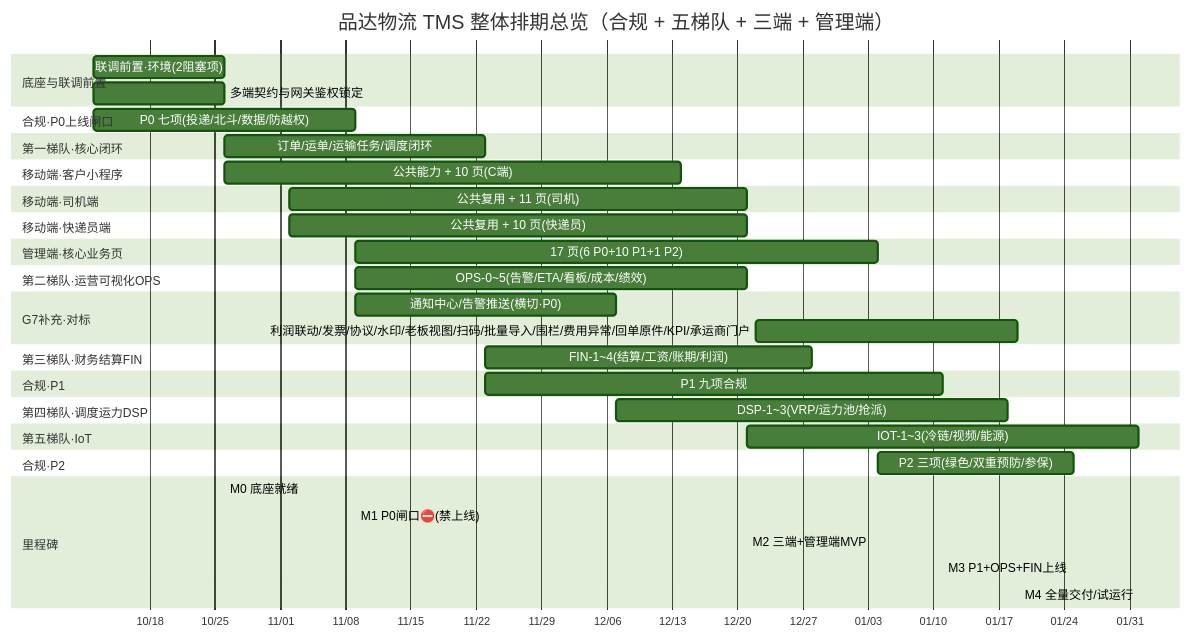
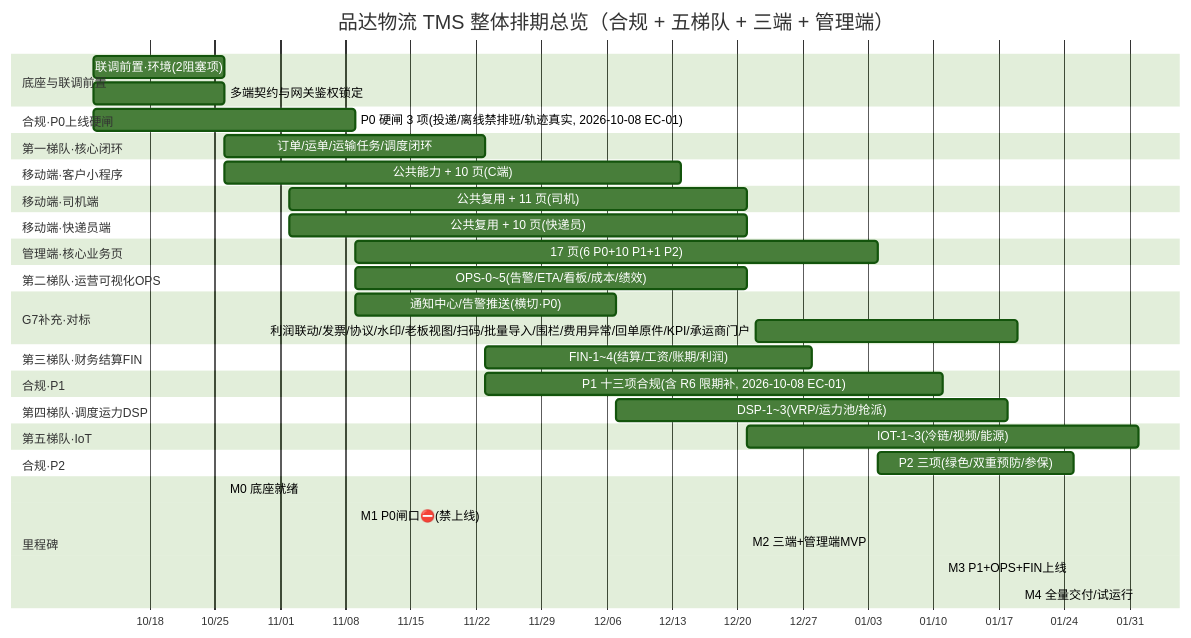
One commit to itxinfei/pinda-tms changed the diagram in docs/需求文档/整体项目排期总览甘特.md. Above: the diagram before and after it, drawn with Mermaid (forest theme). The commit also changed other lines of this file and 83 other files, not shown here.

````diff
--- a/docs/需求文档/整体项目排期总览甘特.md
+++ b/docs/需求文档/整体项目排期总览甘特.md
@@ -66,57 +66,57 @@
 ```mermaid
 gantt
     title 品达物流 TMS 整体排期总览（合规 + 五梯队 + 三端 + 管理端）
     dateFormat  YYYY-MM-DD
     axisFormat  %m/%d
 
     section 底座与联调前置
     联调前置·环境(2阻塞项)          :f0, 2026-10-12, 14d
     多端契约与网关鉴权锁定           :f1, 2026-10-12, 14d
 
-    section 合规·P0上线闸口
-    P0 七项(投递/北斗/数据/防越权)  :c0, 2026-10-12, 28d
+    section 合规·P0上线硬闸
+    P0 硬闸 3 项(投递/离线禁排班/轨迹真实, 2026-10-08 EC-01)  :c0, 2026-10-12, 28d
 
     section 第一梯队·核心闭环
     订单/运单/运输任务/调度闭环     :t1, 2026-10-26, 28d
 
     section 移动端·客户小程序
     公共能力 + 10 页(C端)          :m1, 2026-10-26, 49d
 
     section 移动端·司机端
     公共复用 + 11 页(司机)         :m2, 2026-11-02, 49d
 
     section 移动端·快递员端
     公共复用 + 10 页(快递员)       :m3, 2026-11-02, 49d
 
     section 管理端·核心业务页
     17 页(6 P0+10 P1+1 P2) :a1, 2026-11-09, 56d
 
     section 第二梯队·运营可视化OPS
     OPS-0~5(告警/ETA/看板/成本/绩效) :o1, 2026-11-09, 42d
 
     section G7补充·对标
     通知中心/告警推送(横切·P0)       :n1, 2026-11-09, 28d
     利润联动/发票/协议/水印/老板视图/扫码/批量导入/围栏/费用异常/回单原件/KPI/承运商门户 :g1, 2026-12-22, 28d
 
     section 第三梯队·财务结算FIN
     FIN-1~4(结算/工资/账期/利润)    :fi1, 2026-11-23, 35d
 
     section 合规·P1
-    P1 九项合规                    :c1, 2026-11-23, 49d
+    P1 十三项合规(含 R6 限期补, 2026-10-08 EC-01) :c1, 2026-11-23, 49d
 
     section 第四梯队·调度运力DSP
     DSP-1~3(VRP/运力池/抢派)       :d1, 2026-12-07, 42d
 
     section 第五梯队·IoT
     IOT-1~3(冷链/视频/能源)         :i1, 2026-12-21, 42d
 
     section 合规·P2
     P2 三项(绿色/双重预防/参保)     :c2, 2027-01-04, 21d
 
     section 里程碑
     M0 底座就绪                     :m0, 2026-10-26, 0d
     M1 P0闸口⛔(禁上线)             :m1m, 2026-11-09, 0d
     M2 三端+管理端MVP               :m2m, 2026-12-21, 0d
     M3 P1+OPS+FIN上线              :m3m, 2027-01-11, 0d
     M4 全量交付/试运行              :m4m, 2027-02-01, 0d
 ```
````
